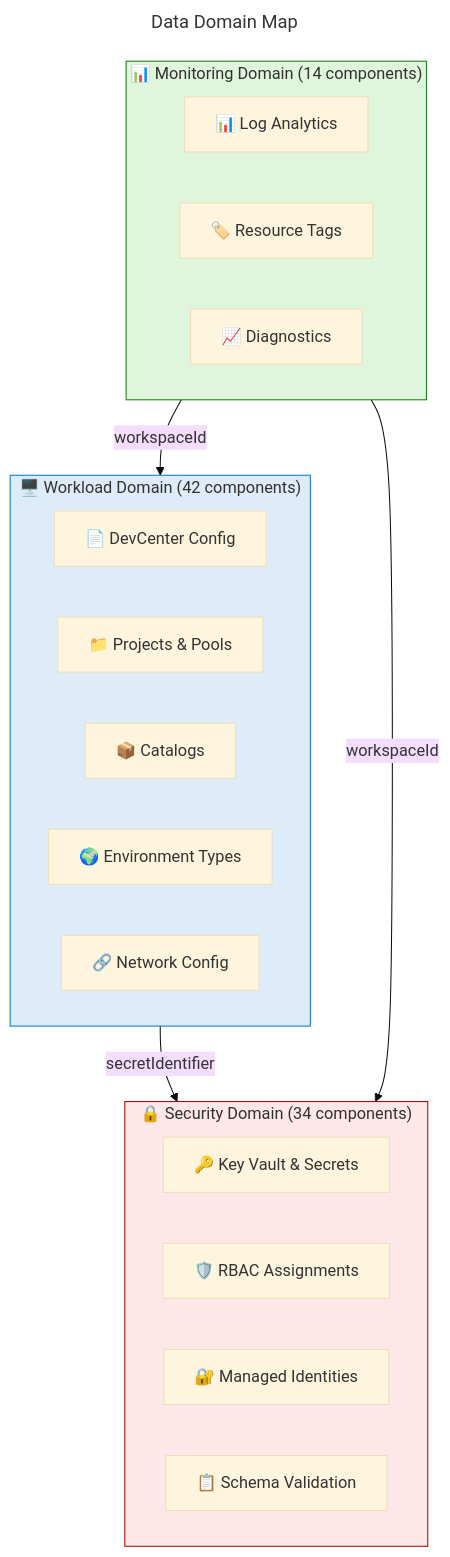
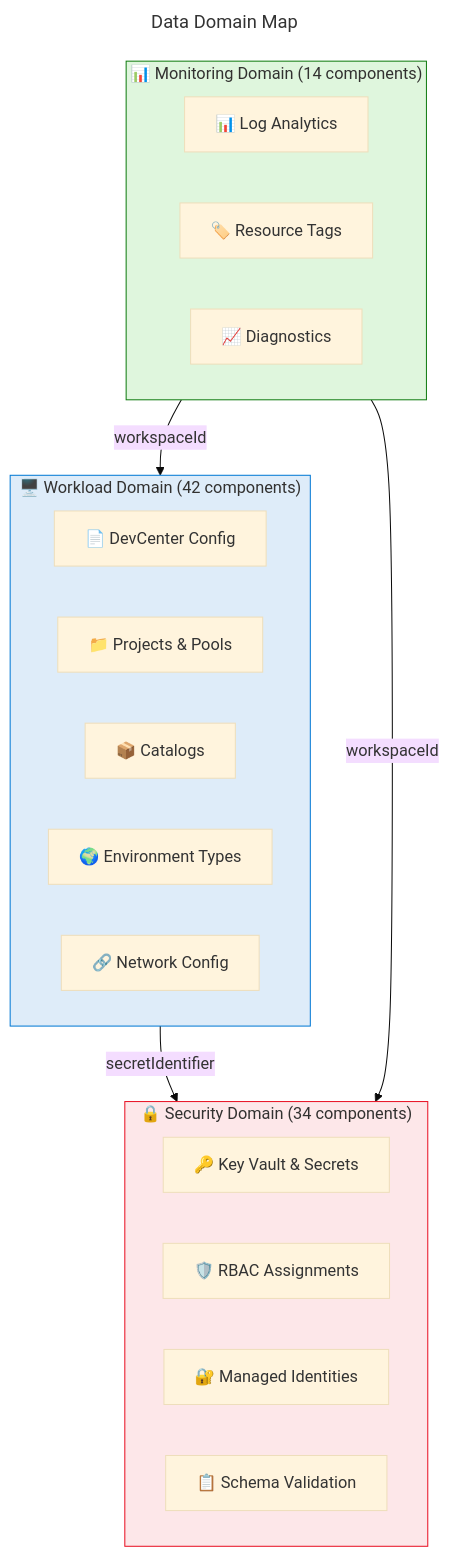
The first of 9 diagrams in docs/architecture/data-architecture.md (Evilazaro/DevExp-DevBox), drawn with Mermaid before and after one commit. The commit also changed other lines of this file, not shown here.

Commit message:
style: update color codes in flowcharts for improved visibility and consistency

````diff
--- a/docs/architecture/data-architecture.md
+++ b/docs/architecture/data-architecture.md
@@ -100,53 +100,53 @@
 ```mermaid
 ---
 title: Data Domain Map
 config:
   theme: base
   look: classic
   layout: dagre
   themeVariables:
     fontSize: '16px'
 ---
 flowchart TD
     %% ═══════════════════════════════════════════════════════════════════════════
     %% AZURE / FLUENT ARCHITECTURE PATTERN v1.1
     %% (Semantic + Structural + Font + Accessibility Governance)
     %% ═══════════════════════════════════════════════════════════════════════════
     %% PHASE 1 - STRUCTURAL: Direction explicit, flat topology, nesting ≤ 3
     %% PHASE 2 - SEMANTIC: Colors justified, max 5 semantic classes, neutral-first
     %% PHASE 3 - FONT: Dark text on light backgrounds, contrast ≥ 4.5:1
     %% PHASE 4 - ACCESSIBILITY: accTitle/accDescr present, icons on all nodes
     %% PHASE 5 - STANDARD: Governance block present, classDefs centralized
     %% ═══════════════════════════════════════════════════════════════════════════
 
     accTitle: Data Domain Map
     accDescr: Three core data domains with their sub-domains and component counts
 
     subgraph WORKLOAD["🖥️ Workload Domain (42 components)"]
         W1["📄 DevCenter Config"]
         W2["📁 Projects & Pools"]
         W3["📦 Catalogs"]
         W4["🌍 Environment Types"]
         W5["🔗 Network Config"]
     end
     style WORKLOAD fill:#DEECF9,stroke:#0078D4,color:#323130
 
     subgraph SECURITY["🔒 Security Domain (34 components)"]
         S1["🔑 Key Vault & Secrets"]
         S2["🛡️ RBAC Assignments"]
         S3["🔐 Managed Identities"]
         S4["📋 Schema Validation"]
     end
-    style SECURITY fill:#FDE7E9,stroke:#A80000,color:#323130
+    style SECURITY fill:#FDE7E9,stroke:#E81123,color:#323130
 
     subgraph MONITORING["📊 Monitoring Domain (14 components)"]
         M1["📊 Log Analytics"]
         M2["🏷️ Resource Tags"]
         M3["📈 Diagnostics"]
     end
     style MONITORING fill:#DFF6DD,stroke:#107C10,color:#323130
 
     WORKLOAD -->|"secretIdentifier"| SECURITY
     MONITORING -->|"workspaceId"| WORKLOAD
     MONITORING -->|"workspaceId"| SECURITY
 ```
````
